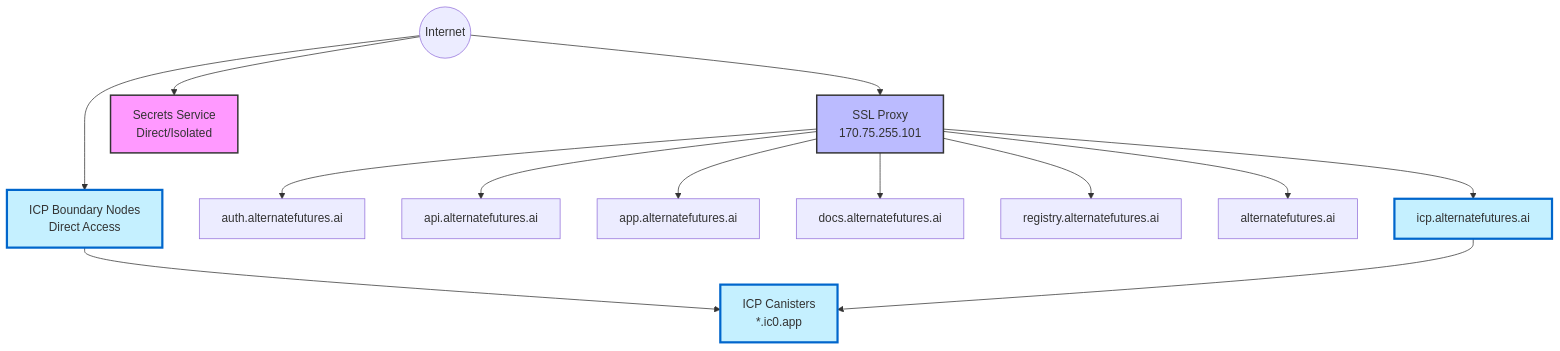
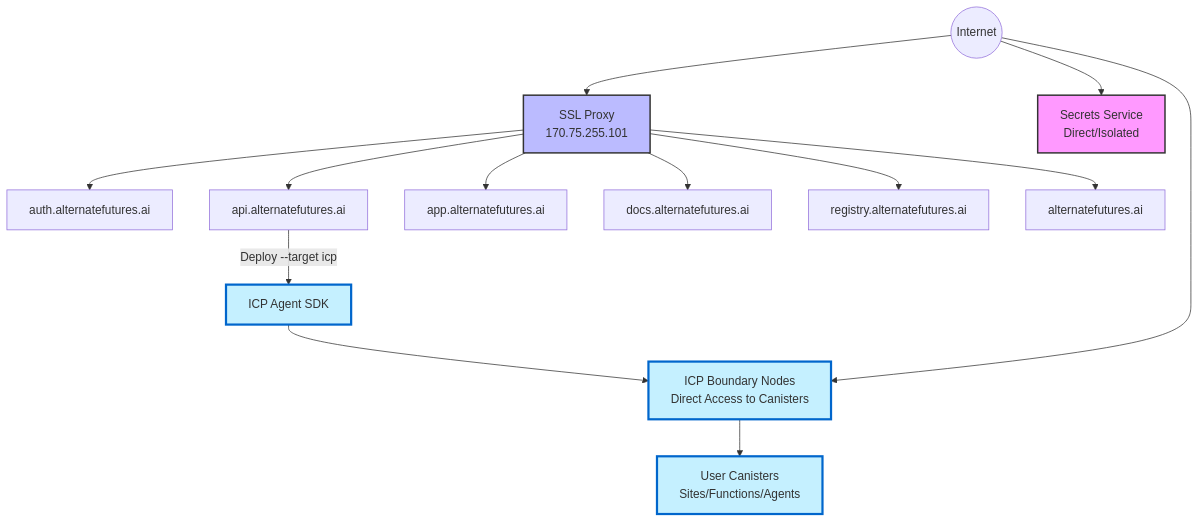
One commit to alternatefutures/.github changed the sixth of 13 diagrams in TECHNICAL_ARCHITECTURE.md. Above: the diagram before and after it, drawn with Mermaid. The commit also changed other lines of this file, not shown here.

First line of the commit message:
Refactor ICP integration as deployment target option

````diff
--- a/TECHNICAL_ARCHITECTURE.md
+++ b/TECHNICAL_ARCHITECTURE.md
@@ -612,25 +596,25 @@
 ```mermaid
 graph TB
     Internet((Internet))
     
     Internet --> Proxy[SSL Proxy<br/>170.75.255.101]
     Internet --> Secrets[Secrets Service<br/>Direct/Isolated]
-    Internet --> ICPBoundary[ICP Boundary Nodes<br/>Direct Access]
+    Internet --> ICPBoundary[ICP Boundary Nodes<br/>Direct Access to Canisters]
     
     Proxy --> Auth[auth.alternatefutures.ai]
     Proxy --> API[api.alternatefutures.ai]
     Proxy --> App[app.alternatefutures.ai]
     Proxy --> Docs[docs.alternatefutures.ai]
     Proxy --> Reg[registry.alternatefutures.ai]
     Proxy --> Web[alternatefutures.ai]
-    Proxy --> ICPGateway[icp.alternatefutures.ai]
     
-    ICPBoundary --> ICPCanisters[ICP Canisters<br/>*.ic0.app]
-    ICPGateway --> ICPCanisters
+    API -->|Deploy --target icp| ICPDeploy[ICP Agent SDK]
+    ICPDeploy --> ICPBoundary
+    ICPBoundary --> UserCanisters[User Canisters<br/>Sites/Functions/Agents]
     
     style Secrets fill:#f9f,stroke:#333,stroke-width:2px
     style Proxy fill:#bbf,stroke:#333,stroke-width:2px
     style ICPBoundary fill:#c5f0ff,stroke:#0066cc,stroke-width:3px
-    style ICPCanisters fill:#c5f0ff,stroke:#0066cc,stroke-width:3px
-    style ICPGateway fill:#c5f0ff,stroke:#0066cc,stroke-width:3px
+    style UserCanisters fill:#c5f0ff,stroke:#0066cc,stroke-width:3px
+    style ICPDeploy fill:#c5f0ff,stroke:#0066cc,stroke-width:3px
 ```
````
